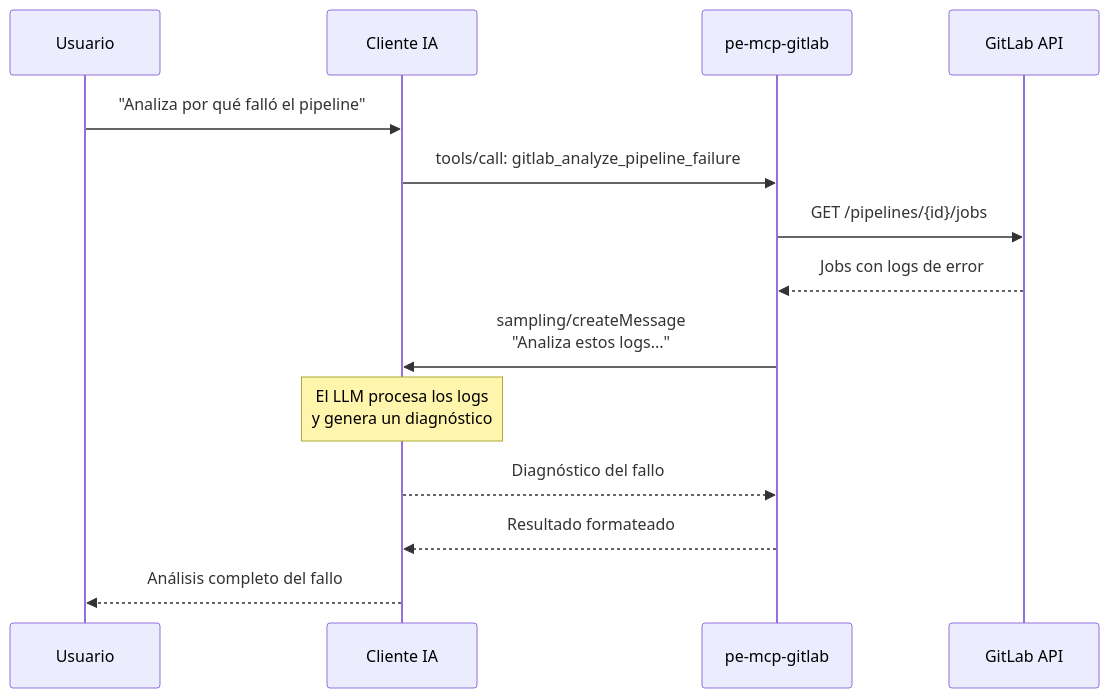
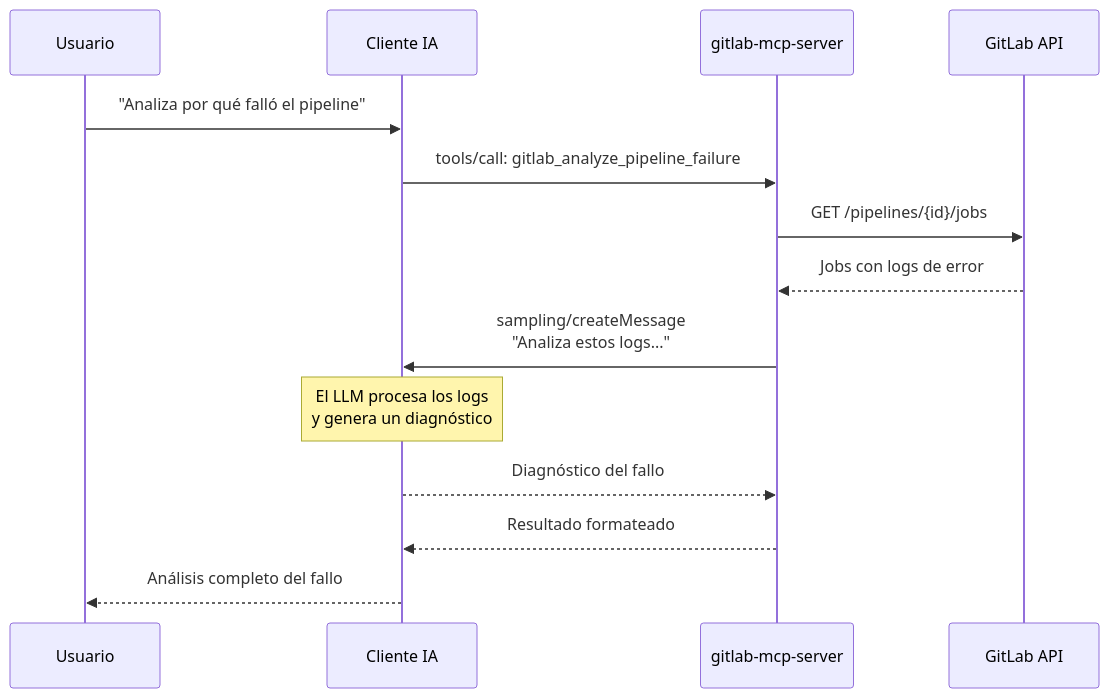
One commit to jmrplens/gitlab-mcp-server changed the fifth of 6 diagrams in site/docs/architecture.md. Above: the diagram before and after it, drawn with Mermaid. The commit also changed other lines of this file and 10 other files, not shown here.

````diff
--- a/site/docs/architecture.md
+++ b/site/docs/architecture.md
@@ -103,17 +103,17 @@
 ```mermaid
 sequenceDiagram
     participant U as Usuario
     participant C as Cliente IA
-    participant S as pe-mcp-gitlab
+    participant S as gitlab-mcp-server
     participant G as GitLab API
 
     U->>C: "Analiza por qué falló el pipeline"
     C->>S: tools/call: gitlab_analyze_pipeline_failure
     S->>G: GET /pipelines/{id}/jobs
     G-->>S: Jobs con logs de error
     S->>C: sampling/createMessage<br/>"Analiza estos logs..."
     Note over C: El LLM procesa los logs<br/>y genera un diagnóstico
     C-->>S: Diagnóstico del fallo
     S-->>C: Resultado formateado
     C-->>U: Análisis completo del fallo
 ```
````
